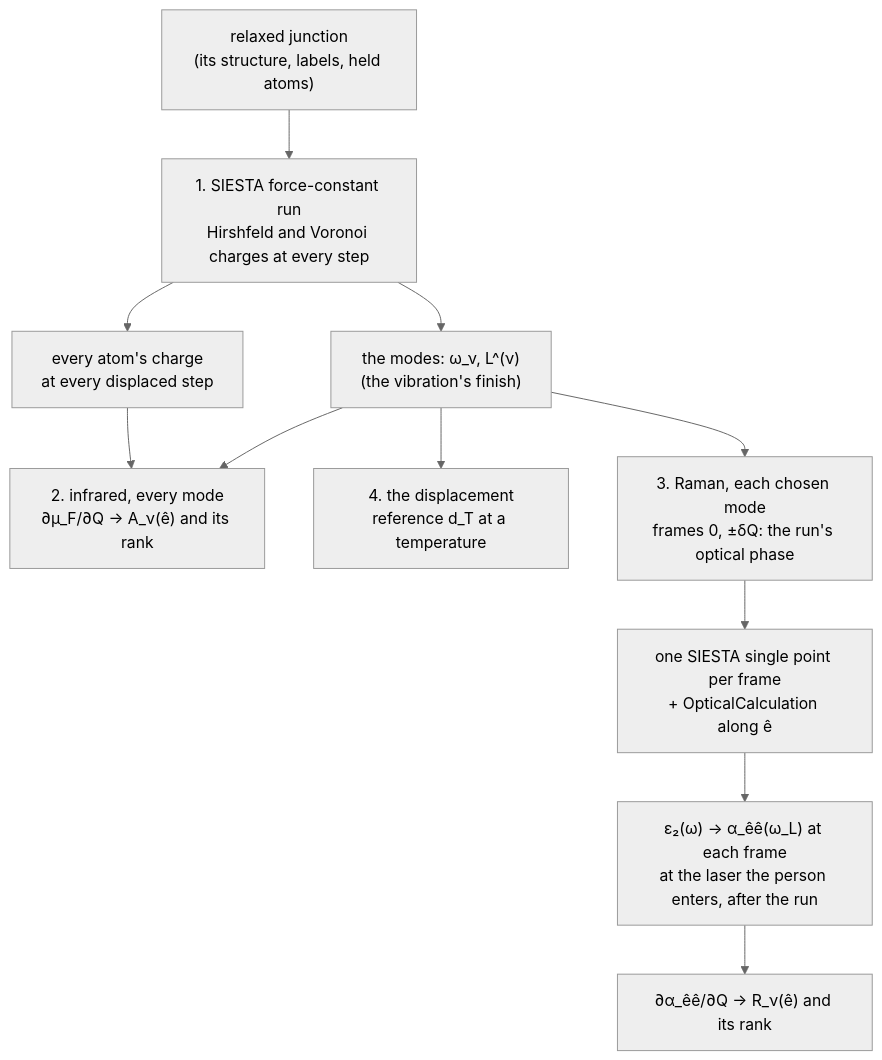
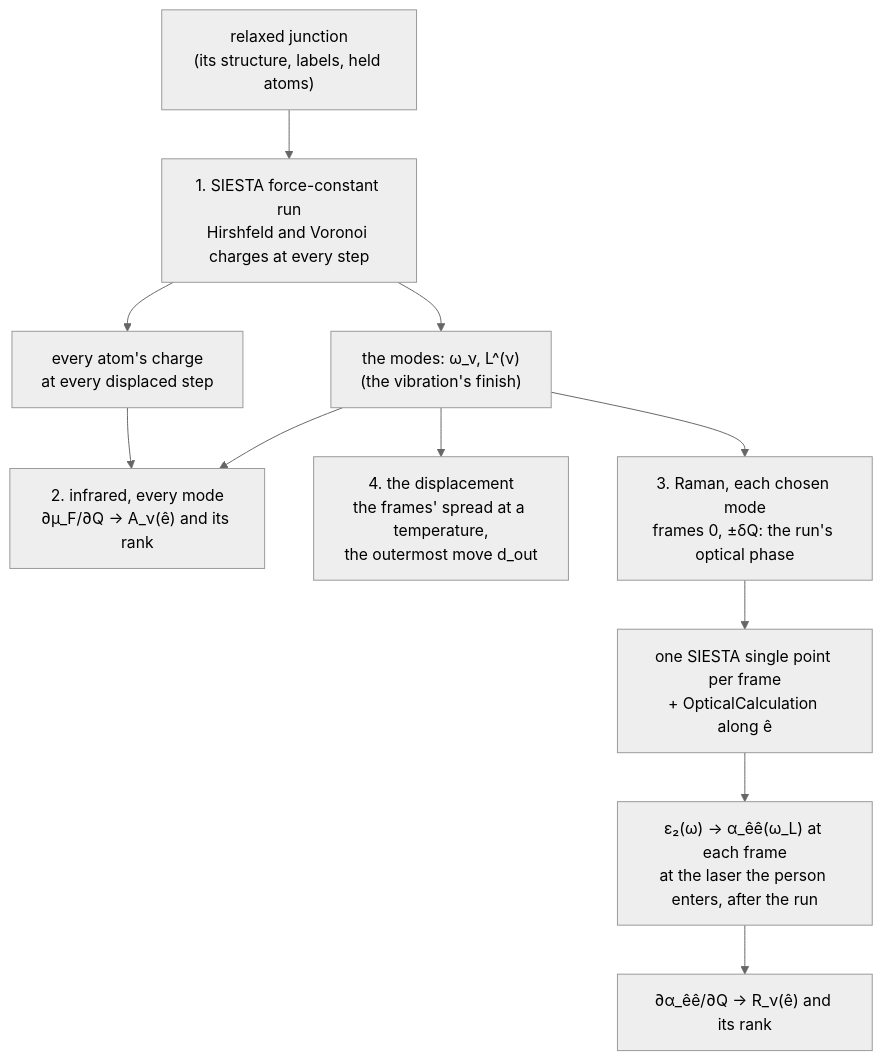
Before and after one commit to Qing-LAB/molbuilder: the first of 3 diagrams in docs/science/vibrational-optical-response.md, drawn with Mermaid (neutral theme). The commit also changed other lines of this file and 30 other files, not shown here.

````diff
--- a/docs/science/vibrational-optical-response.md
+++ b/docs/science/vibrational-optical-response.md
@@ -77,13 +77,13 @@
 ```mermaid
 flowchart TD
     J["relaxed junction<br/>(its structure, labels, held atoms)"] --> FC["1. SIESTA force-constant run<br/>Hirshfeld and Voronoi charges at every step"]
     FC --> MODES["the modes: ω_ν, L^(ν)<br/>(the vibration's finish)"]
     FC --> QS["every atom's charge<br/>at every displaced step"]
     QS --> IR["2. infrared, every mode<br/>∂μ_F/∂Q → A_ν(ê) and its rank"]
     MODES --> IR
-    MODES --> DISP["4. the displacement<br/>reference d_T at a temperature"]
+    MODES --> DISP["4. the displacement<br/>the frames' spread at a temperature,<br/>the outermost move d_out"]
     MODES --> FR["3. Raman, each chosen mode<br/>frames 0, ±δQ: the run's optical phase"]
     FR --> EL["one SIESTA single point per frame<br/>+ OpticalCalculation along ê"]
     EL --> AL["ε₂(ω) → α_êê(ω_L) at each frame<br/>at the laser the person enters, after the run"]
     AL --> RA["∂α_êê/∂Q → R_ν(ê) and its rank"]
 ```
````
